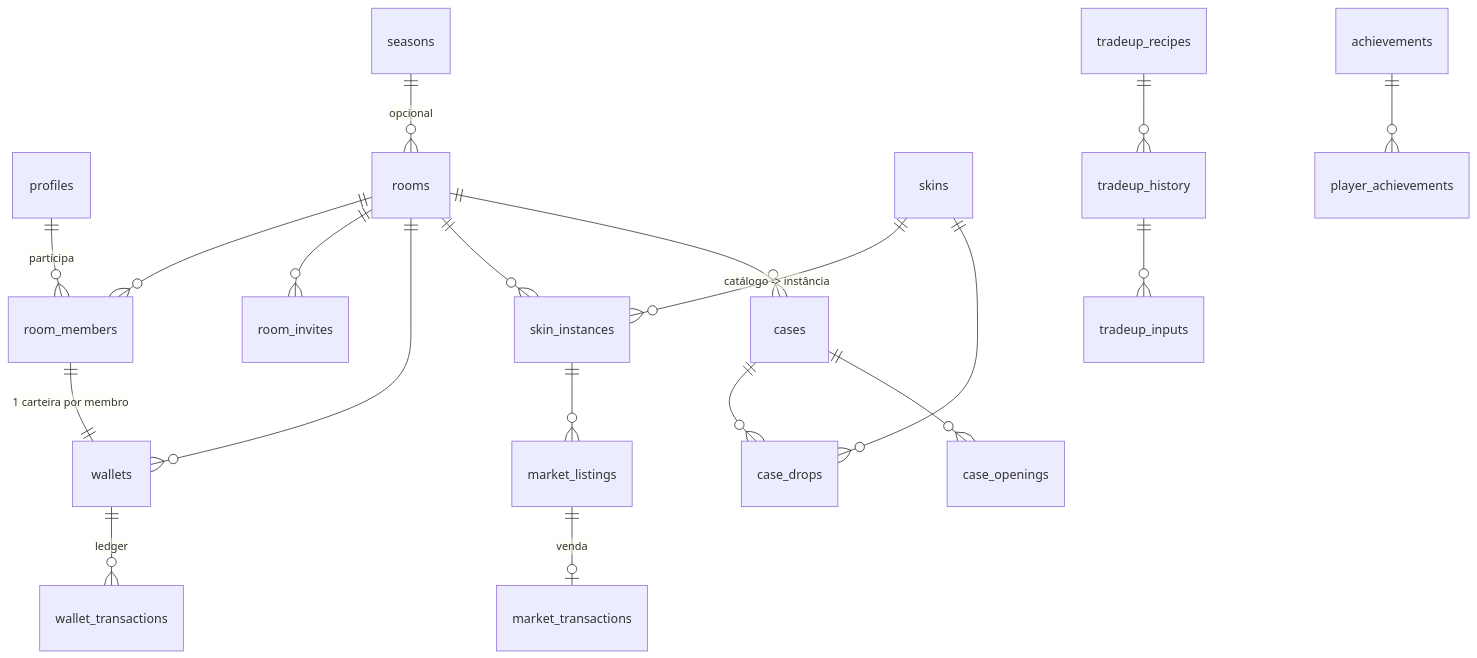
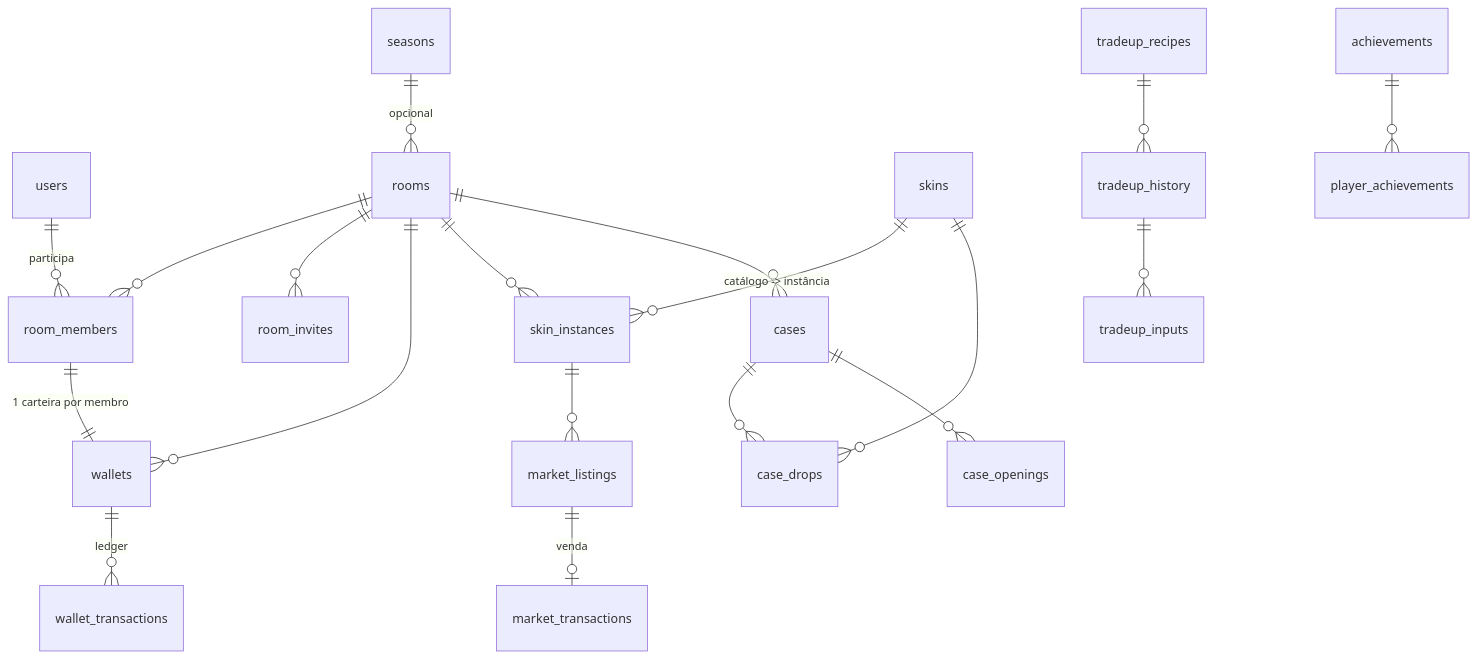
The diagram in project/MODELO-DE-DADOS.md (masterlxz/bahazar), drawn with Mermaid before and after one commit. The commit also changed other lines of this file and 29 other files, not shown here.

````diff
--- a/project/MODELO-DE-DADOS.md
+++ b/project/MODELO-DE-DADOS.md
@@ -17,21 +17,21 @@
 ```mermaid
 erDiagram
-  profiles ||--o{ room_members : "participa"
+  users ||--o{ room_members : "participa"
   rooms ||--o{ room_members : ""
   rooms ||--o{ room_invites : ""
   rooms ||--o{ wallets : ""
   room_members ||--|| wallets : "1 carteira por membro"
   wallets ||--o{ wallet_transactions : "ledger"
   skins ||--o{ skin_instances : "catálogo -> instância"
   rooms ||--o{ skin_instances : ""
   skin_instances ||--o{ market_listings : ""
   market_listings ||--o| market_transactions : "venda"
   rooms ||--o{ cases : ""
   cases ||--o{ case_drops : ""
   skins ||--o{ case_drops : ""
   cases ||--o{ case_openings : ""
   tradeup_recipes ||--o{ tradeup_history : ""
   tradeup_history ||--o{ tradeup_inputs : ""
   achievements ||--o{ player_achievements : ""
   seasons ||--o{ rooms : "opcional"
 ```
````
